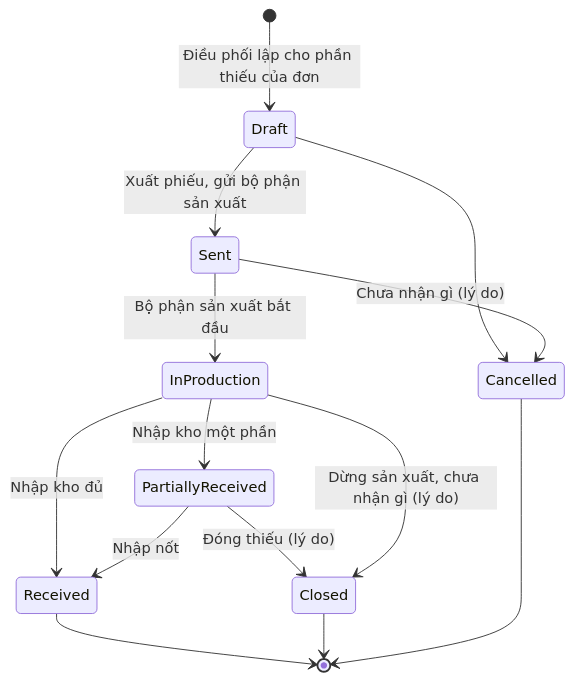
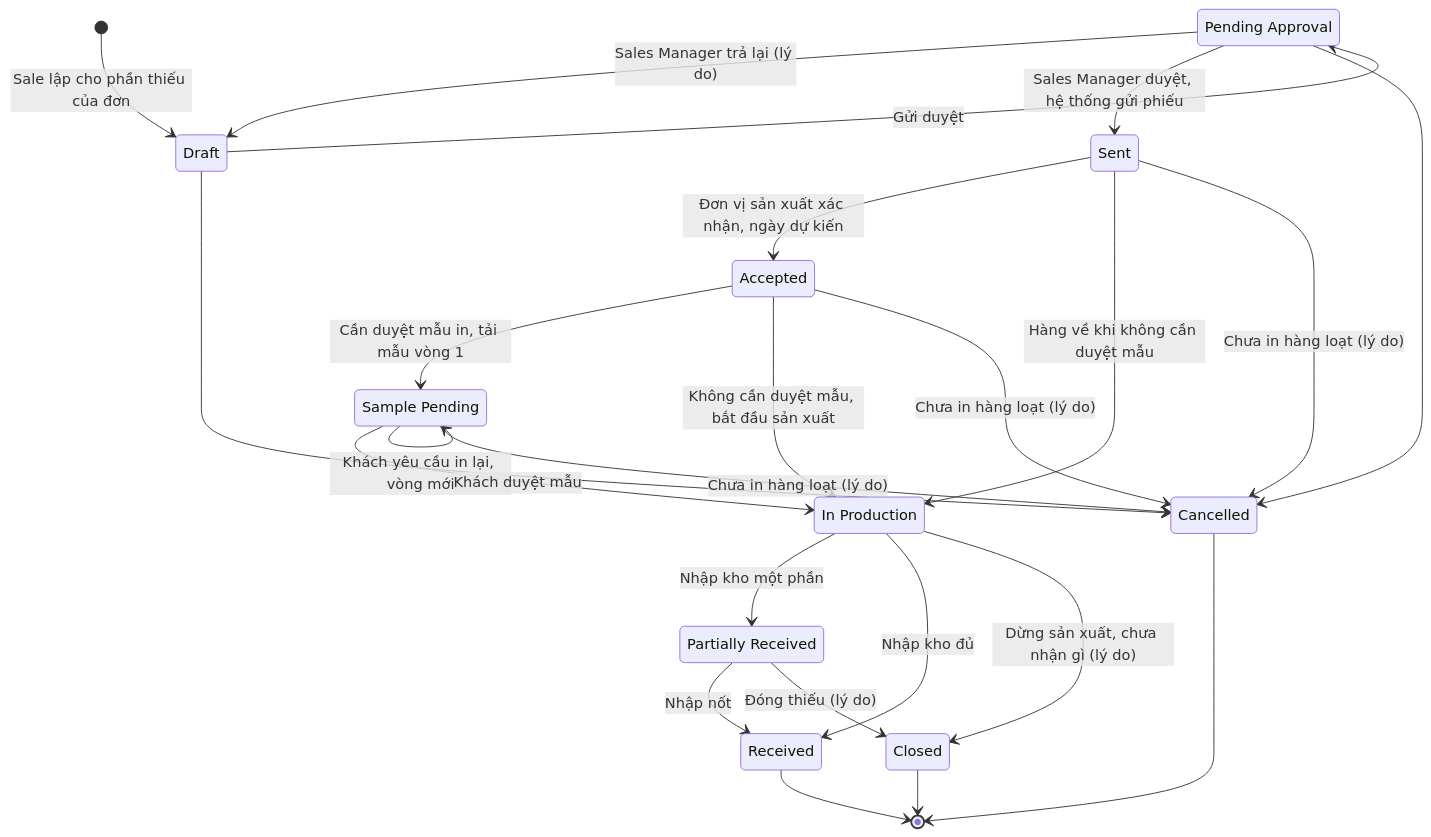
The second of 3 diagrams in docs/ecommerce/17-order-management/README.md (KLTN-FA26/docs), drawn with Mermaid before and after one commit. The commit also changed other lines of this file and 23 other files, not shown here.

````diff
--- a/docs/ecommerce/17-order-management/README.md
+++ b/docs/ecommerce/17-order-management/README.md
@@ -360,16 +421,31 @@
 ```mermaid
 stateDiagram-v2
-    [*] --> Draft: Điều phối lập cho phần thiếu của đơn
-    Draft --> Sent: Xuất phiếu, gửi bộ phận sản xuất
-    Sent --> InProduction: Bộ phận sản xuất bắt đầu
+    state "Pending Approval" as PendingApproval
+    state "Sample Pending" as SamplePending
+    state "In Production" as InProduction
+    state "Partially Received" as PartiallyReceived
+
+    [*] --> Draft: Sale lập cho phần thiếu của đơn
+    Draft --> PendingApproval: Gửi duyệt
+    PendingApproval --> Draft: Sales Manager trả lại (lý do)
+    PendingApproval --> Sent: Sales Manager duyệt, hệ thống gửi phiếu
+    Sent --> Accepted: Đơn vị sản xuất xác nhận, ngày dự kiến
+    Accepted --> SamplePending: Cần duyệt mẫu in, tải mẫu vòng 1
+    SamplePending --> SamplePending: Khách yêu cầu in lại, vòng mới
+    SamplePending --> InProduction: Khách duyệt mẫu
+    Accepted --> InProduction: Không cần duyệt mẫu, bắt đầu sản xuất
+    Sent --> InProduction: Hàng về khi không cần duyệt mẫu
     InProduction --> PartiallyReceived: Nhập kho một phần
     InProduction --> Received: Nhập kho đủ
     PartiallyReceived --> Received: Nhập nốt
     PartiallyReceived --> Closed: Đóng thiếu (lý do)
     InProduction --> Closed: Dừng sản xuất, chưa nhận gì (lý do)
     Draft --> Cancelled
-    Sent --> Cancelled: Chưa nhận gì (lý do)
+    PendingApproval --> Cancelled
+    Sent --> Cancelled: Chưa in hàng loạt (lý do)
+    Accepted --> Cancelled: Chưa in hàng loạt (lý do)
+    SamplePending --> Cancelled: Chưa in hàng loạt (lý do)
     Received --> [*]
     Closed --> [*]
     Cancelled --> [*]
 ```
````
